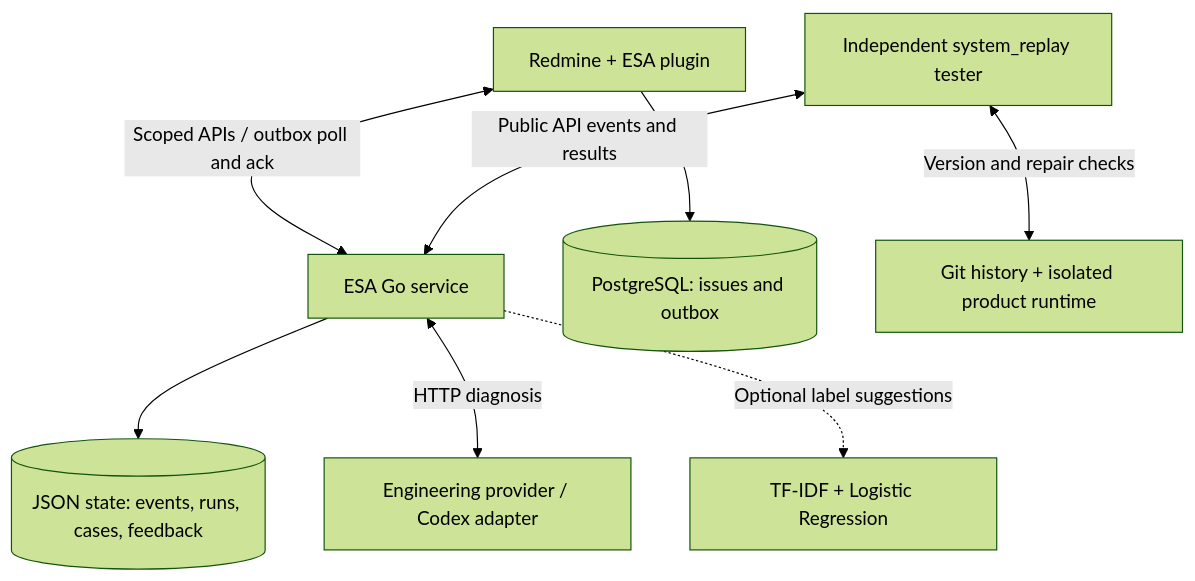
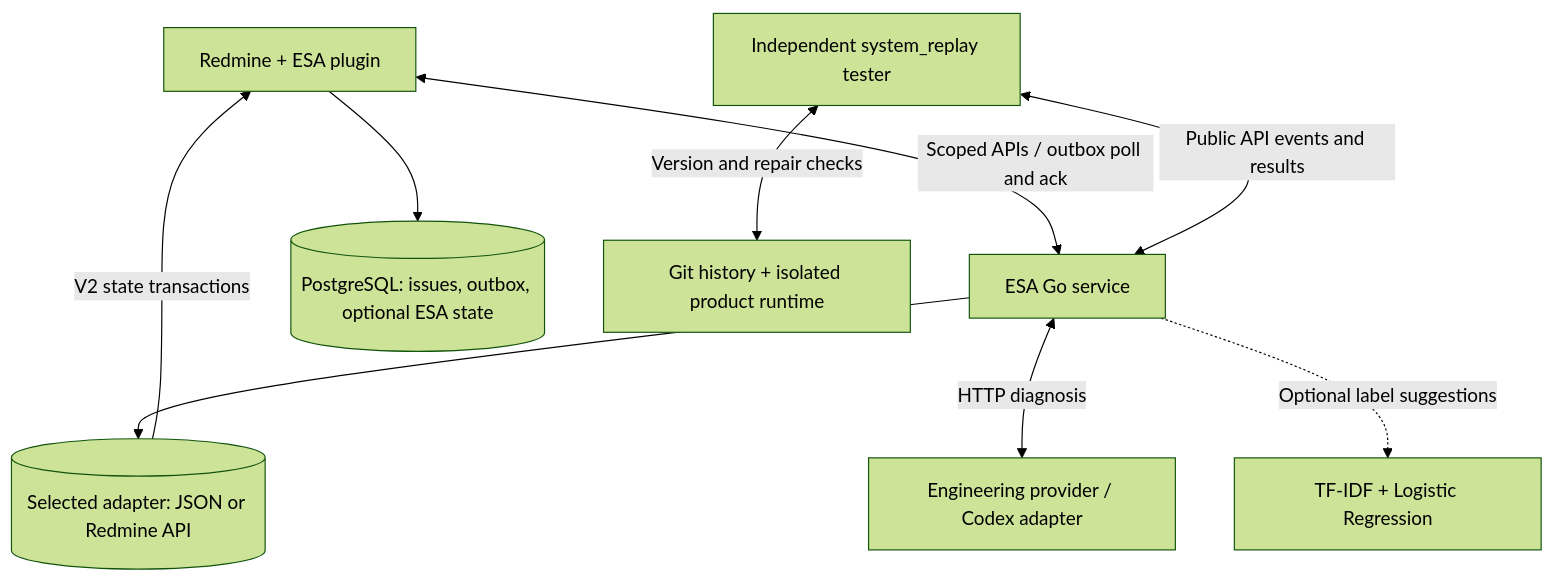
One commit to SDUzbh/esa changed the diagram in README.md. Above: the diagram before and after it, drawn with Mermaid (forest theme). The commit also changed other lines of this file and 96 other files, not shown here.

````diff
--- a/README.md
+++ b/README.md
@@ -24,10 +26,11 @@
 ```mermaid
 flowchart TD
     P["Redmine + ESA plugin"] <-->|Scoped APIs / outbox poll and ack| E["ESA Go service"]
-    P --> D[("PostgreSQL: issues and outbox")]
-    E --> S[("JSON state: events, runs, cases, feedback")]
+    P --> D[("PostgreSQL: issues, outbox, optional ESA state")]
+    E --> S[("Selected adapter: JSON or Redmine API")]
+    S -->|V2 state transactions| P
     E <-->|HTTP diagnosis| A["Engineering provider / Codex adapter"]
     E -.->|Optional label suggestions| C["TF-IDF + Logistic Regression"]
     T["Independent system_replay tester"] <-->|Public API events and results| E
     T <-->|Version and repair checks| H["Git history + isolated product runtime"]
 ```
````
